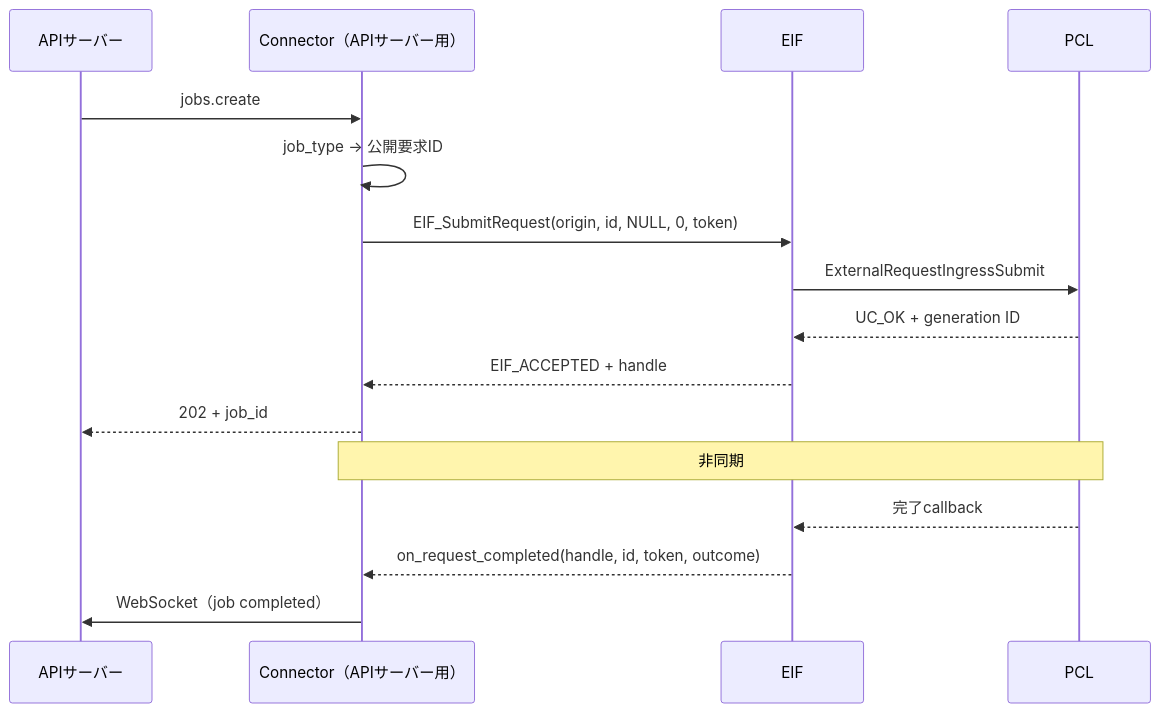
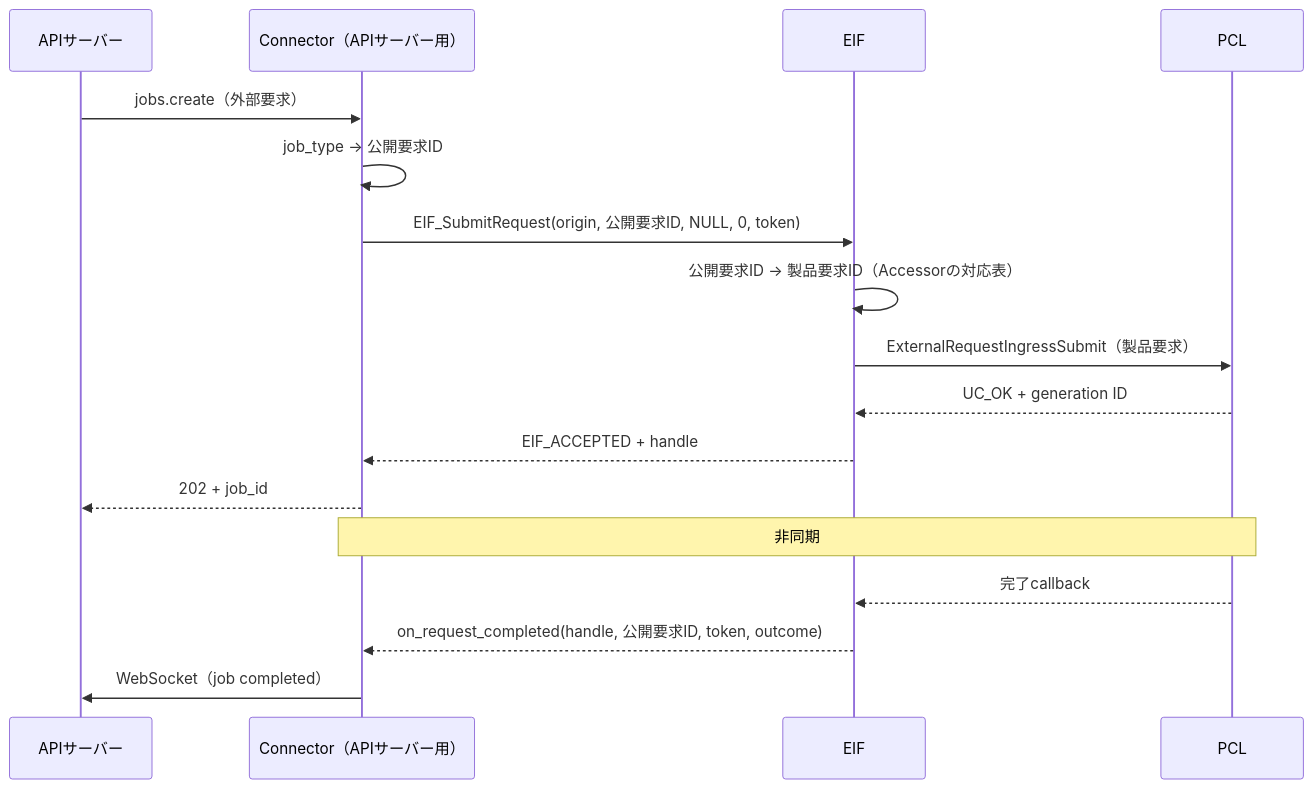
Before and after one commit to ceedling-vxworks-test-generator/EIF-design: the third of 8 diagrams in 03.EIF設計/設計/仕様設計書.md, drawn with Mermaid. The commit also changed other lines of this file and 14 other files, not shown here.

First line of the commit message:
仕様設計DRの指摘を反映（仕様設計書・詳細設計書 0.02）、詳細構成図を追加

````diff
--- a/03.EIF設計/設計/仕様設計書.md
+++ b/03.EIF設計/設計/仕様設計書.md
@@ -981,18 +1007,19 @@
 ```mermaid
 sequenceDiagram
     participant SV as APIサーバー
     participant CN as Connector（APIサーバー用）
     participant EIF as EIF
     participant PCL as PCL
-    SV->>CN: jobs.create
+    SV->>CN: jobs.create（外部要求）
     CN->>CN: job_type → 公開要求ID
-    CN->>EIF: EIF_SubmitRequest(origin, id, NULL, 0, token)
-    EIF->>PCL: ExternalRequestIngressSubmit
+    CN->>EIF: EIF_SubmitRequest(origin, 公開要求ID, NULL, 0, token)
+    EIF->>EIF: 公開要求ID → 製品要求ID（Accessorの対応表）
+    EIF->>PCL: ExternalRequestIngressSubmit（製品要求）
     PCL-->>EIF: UC_OK + generation ID
     EIF-->>CN: EIF_ACCEPTED + handle
     CN-->>SV: 202 + job_id
     Note over PCL,CN: 非同期
     PCL-->>EIF: 完了callback
-    EIF-->>CN: on_request_completed(handle, id, token, outcome)
+    EIF-->>CN: on_request_completed(handle, 公開要求ID, token, outcome)
     CN->>SV: WebSocket（job completed）
 ```
````
